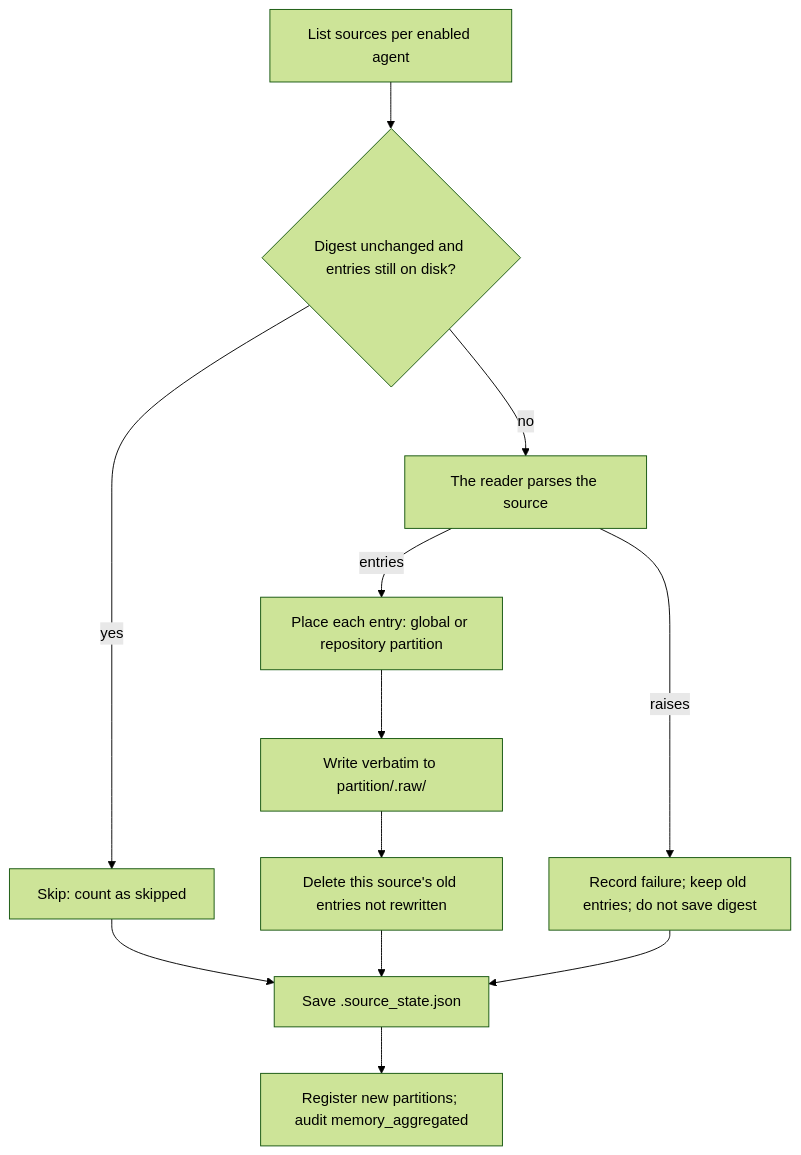
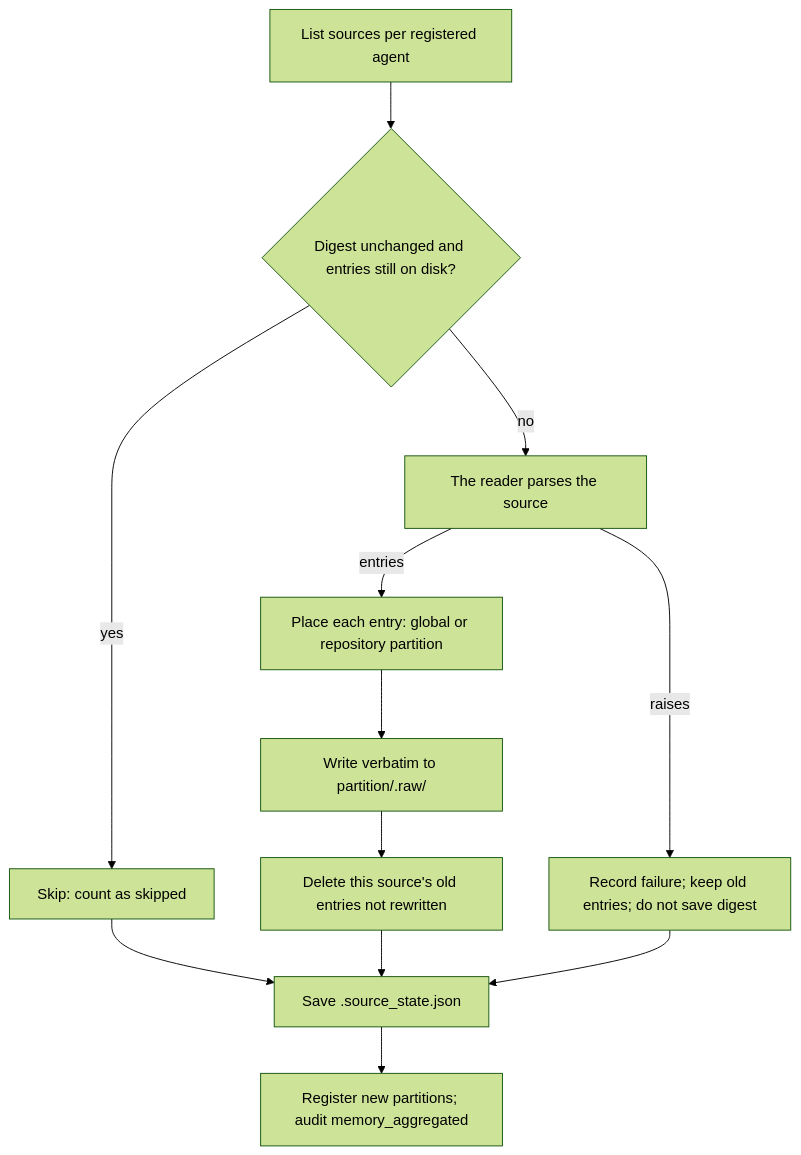
The first of 4 diagrams in docs-site/architecture/memory.md (wyx-sg/Coffer), drawn with Mermaid (forest theme) before and after one commit. The commit also changed other lines of this file and 129 other files, not shown here.

````diff
--- a/docs-site/architecture/memory.md
+++ b/docs-site/architecture/memory.md
@@ -122,14 +122,14 @@
 ```mermaid
 flowchart TD
-  A["List sources per enabled agent"] --> B{"Digest unchanged and entries still on disk?"}
+  A["List sources per registered agent"] --> B{"Digest unchanged and entries still on disk?"}
   B -- yes --> S["Skip: count as skipped"]
   B -- no --> R["The reader parses the source"]
   R -- raises --> F["Record failure; keep old entries; do not save digest"]
   R -- entries --> P["Place each entry: global or repository partition"]
   P --> W["Write verbatim to partition/.raw/"]
   W --> D["Delete this source's old entries not rewritten"]
   S --> X["Save .source_state.json"]
   D --> X
   F --> X
   X --> Y["Register new partitions; audit memory_aggregated"]
 ```
````
